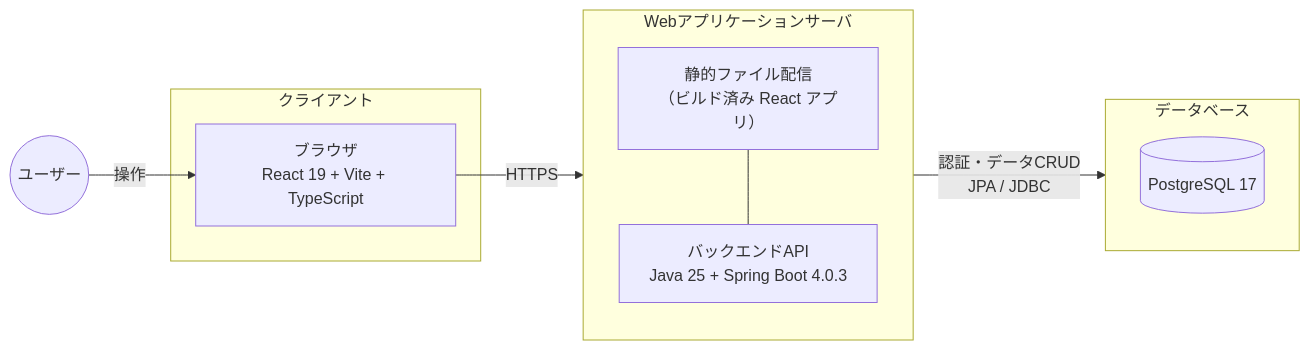
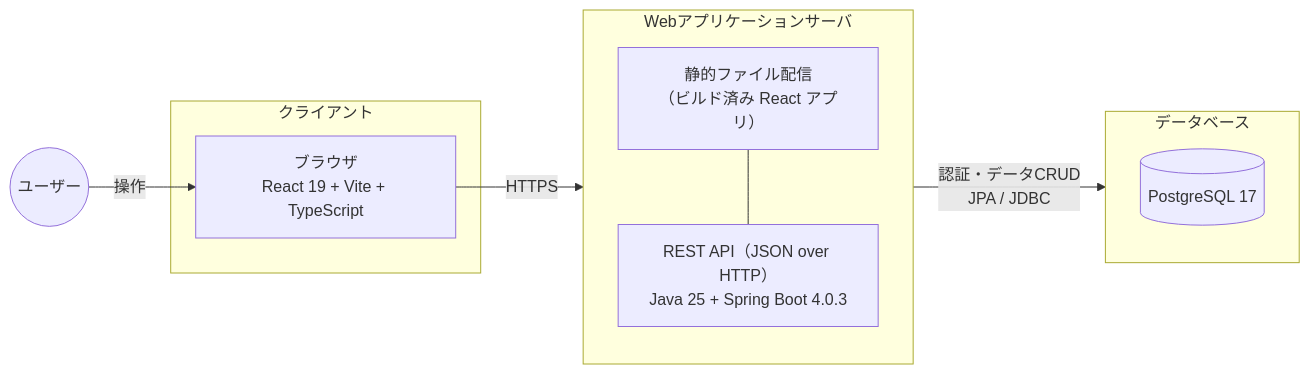
The second of 2 diagrams in docs/details/system-architecture.md (yamamotonaoki3/TaskManagement), drawn with Mermaid before and after one commit. The commit also changed 5 other files, not shown here.

First line of the commit message:
docs: REST API であることを要件定義書・README・システム構成図に明記する (#11)

````diff
--- a/docs/details/system-architecture.md
+++ b/docs/details/system-architecture.md
@@ -31,19 +31,19 @@
 ```mermaid
 flowchart LR
     User((ユーザー))
     subgraph Client[クライアント]
         Browser[ブラウザ<br/>React 19 + Vite + TypeScript]
     end
     subgraph Server[Webアプリケーションサーバ]
         FE[静的ファイル配信<br/>（ビルド済み React アプリ）]
-        BE[バックエンドAPI<br/>Java 25 + Spring Boot 4.0.3]
+        BE[REST API（JSON over HTTP）<br/>Java 25 + Spring Boot 4.0.3]
         FE --- BE
     end
     subgraph DB[データベース]
         DBMS[(PostgreSQL 17)]
     end
 
     User -- 操作 --> Browser
     Browser -- HTTPS --> Server
     Server -- "認証・データCRUD<br/>JPA / JDBC" --> DB
 ```
````
